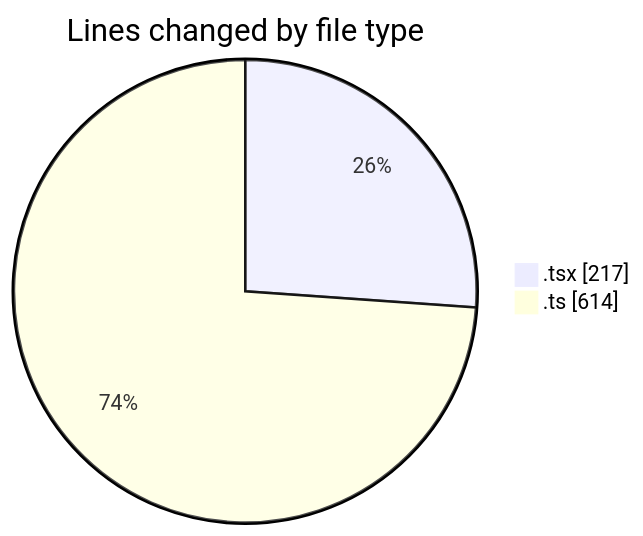
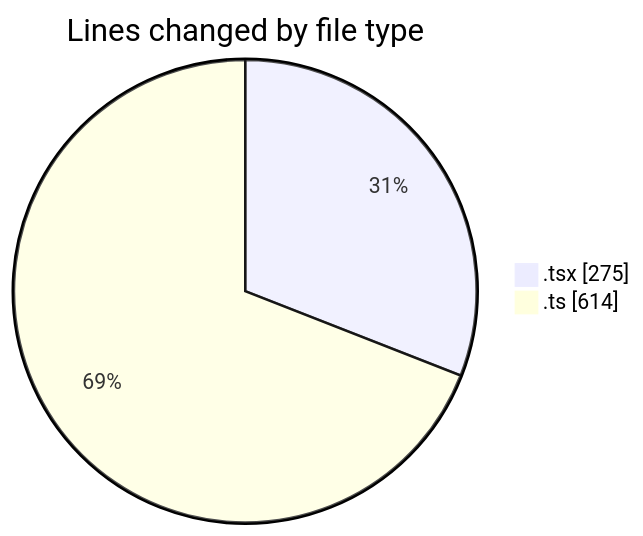
The first of 2 diagrams in 2026-05-18/nxtqube_webapp/README.md (nxtqubesakshisongat/code-tracking), drawn with Mermaid before and after one commit. The commit also changed other lines of this file and 1 other file, not shown here.

````diff
--- a/2026-05-18/nxtqube_webapp/README.md
+++ b/2026-05-18/nxtqube_webapp/README.md
@@ -24,6 +24,6 @@
 ```mermaid
 pie showData
 title Lines changed by file type
-".tsx" : 217
+".tsx" : 275
 ".ts" : 614
 ```
````
